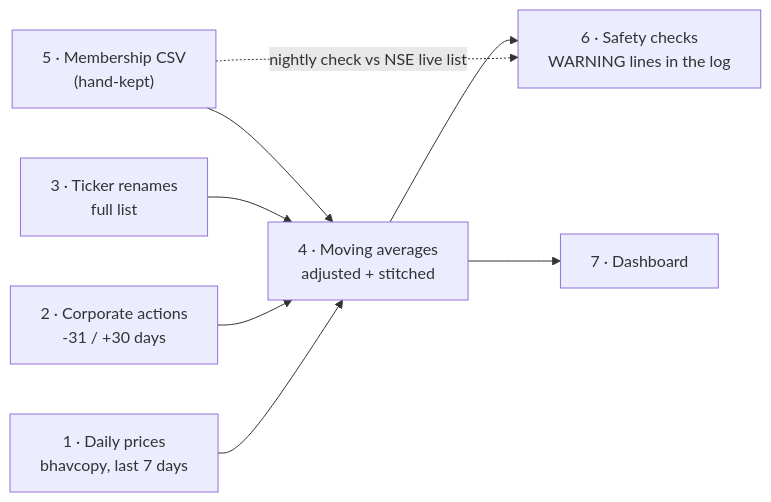
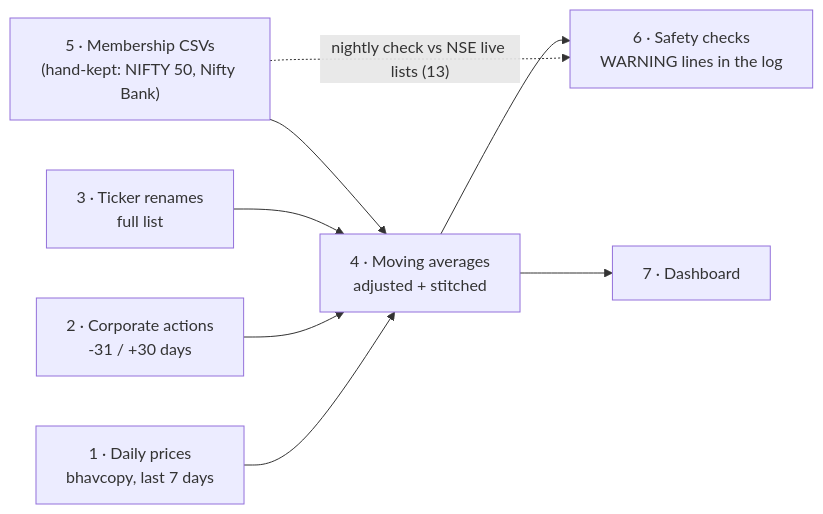
One commit to abhinav2525/TradeSence changed the diagram in docs/pipelines.md. Above: the diagram before and after it, drawn with Mermaid. The commit also changed other lines of this file and 5 other files, not shown here.

First line of the commit message:
Averages for every registered index's members in one pass; nightly membership checks against NSE's lists and the database

````diff
--- a/docs/pipelines.md
+++ b/docs/pipelines.md
@@ -32,10 +32,10 @@
 ```mermaid
 flowchart LR
     A["1 · Daily prices<br/>bhavcopy, last 7 days"] --> D
     B["2 · Corporate actions<br/>-31 / +30 days"] --> D
     C["3 · Ticker renames<br/>full list"] --> D
-    M["5 · Membership CSV<br/>(hand-kept)"] --> D
-    M -. "nightly check vs NSE live list" .-> W
+    M["5 · Membership CSVs<br/>(hand-kept: NIFTY 50, Nifty Bank)"] --> D
+    M -. "nightly check vs NSE live lists (13)" .-> W
     D["4 · Moving averages<br/>adjusted + stitched"] --> W["6 · Safety checks<br/>WARNING lines in the log"]
     D --> P["7 · Dashboard"]
 ```
````
